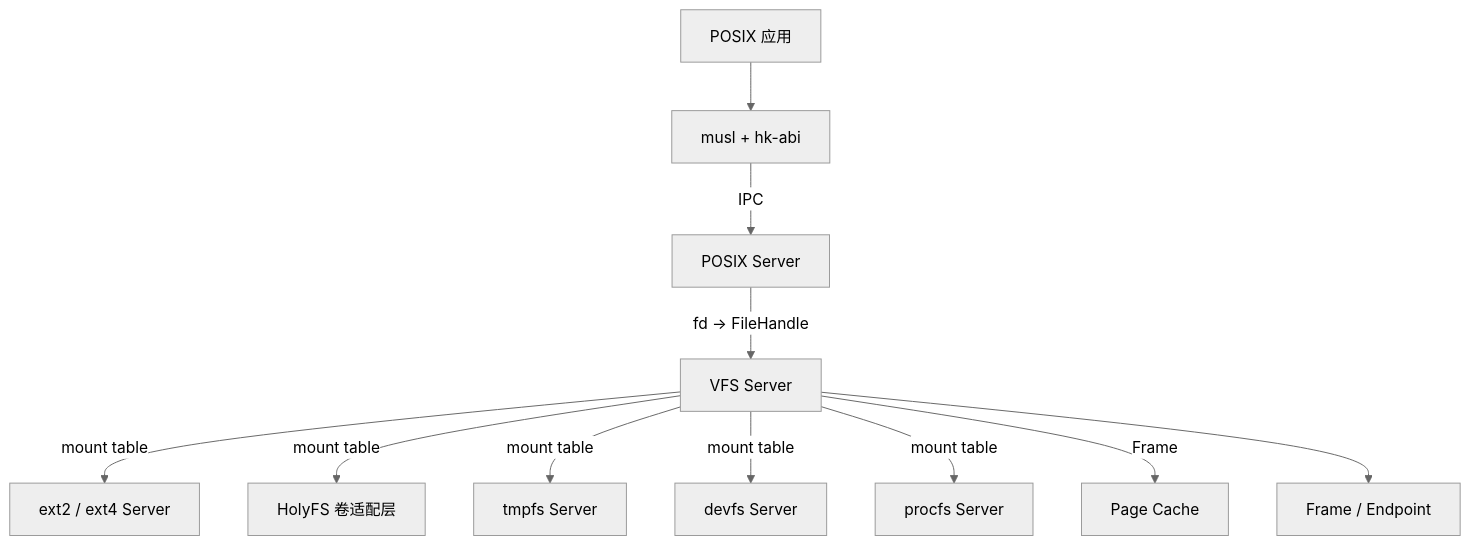
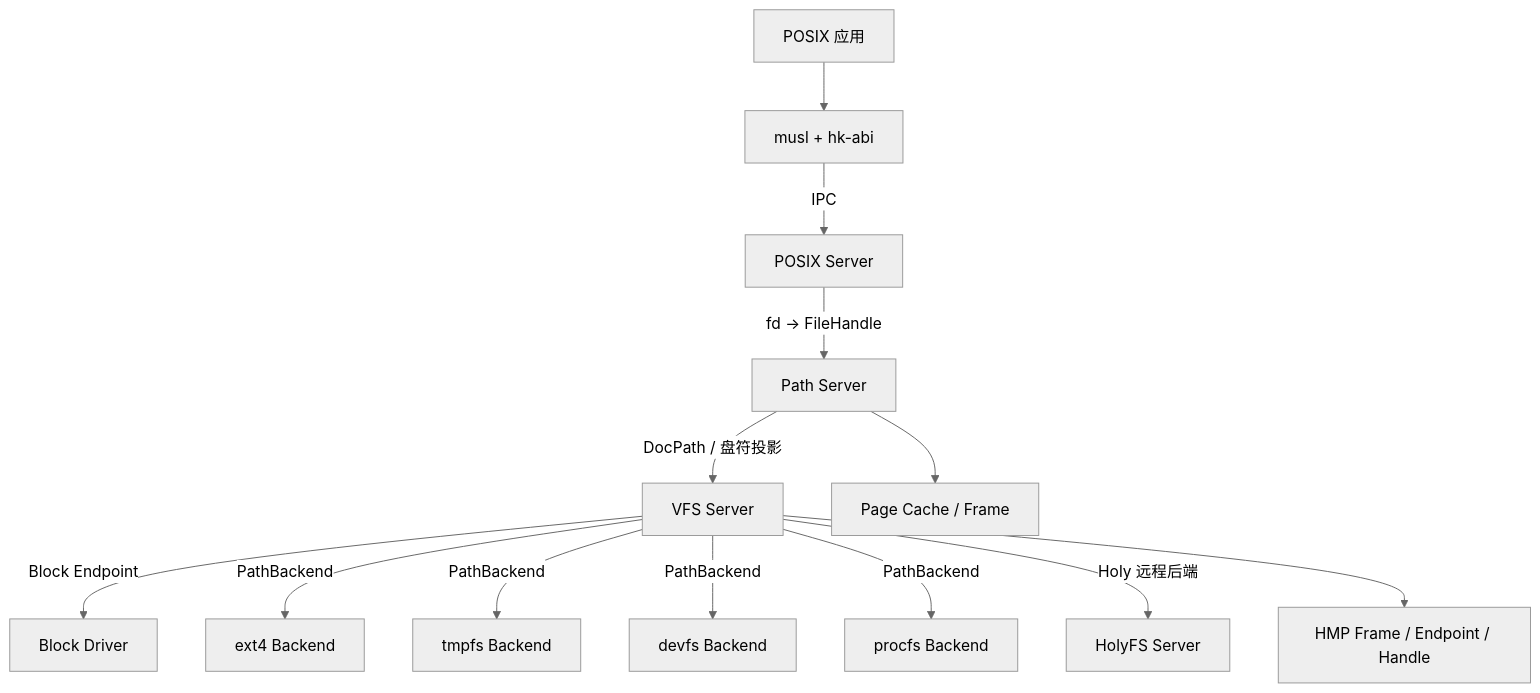
Before and after one commit to hongweifei/HolyKernel: the diagram in docs/vfs.md, drawn with Mermaid (neutral theme). The commit also changed other lines of this file and 30 other files, not shown here.

First line of the commit message:
docs: 统一 Holy Cadence Model 与 VFS/Path 拆分

````diff
--- a/docs/vfs.md
+++ b/docs/vfs.md
@@ -42,13 +27,15 @@
 ```mermaid
 flowchart TB
     App["POSIX 应用"] --> Libc["musl + hk-abi"]
     Libc -->|IPC| POSIX["POSIX Server"]
-    POSIX -->|fd → FileHandle| VFS["VFS Server"]
-    VFS -->|mount table| Ext2["ext2 / ext4 Server"]
-    VFS -->|mount table| HolyFS["HolyFS 卷适配层"]
-    VFS -->|mount table| Tmpfs["tmpfs Server"]
-    VFS -->|mount table| Devfs["devfs Server"]
-    VFS -->|mount table| Procfs["procfs Server"]
-    VFS -->|Frame| Cache["Page Cache"]
-    VFS --> Kernel["Frame / Endpoint"]
+    POSIX -->|fd → FileHandle| Path["Path Server"]
+    Path -->|DocPath / 盘符投影| VFS["VFS Server"]
+    VFS -->|Block Endpoint| Block["Block Driver"]
+    VFS -->|PathBackend| Ext4["ext4 Backend"]
+    VFS -->|PathBackend| Tmpfs["tmpfs Backend"]
+    VFS -->|PathBackend| Devfs["devfs Backend"]
+    VFS -->|PathBackend| Procfs["procfs Backend"]
+    VFS -->|Holy 远程后端| HolyFS["HolyFS Server"]
+    Path --> Cache["Page Cache / Frame"]
+    VFS --> Kernel["HMP Frame / Endpoint / Handle"]
 ```
````
